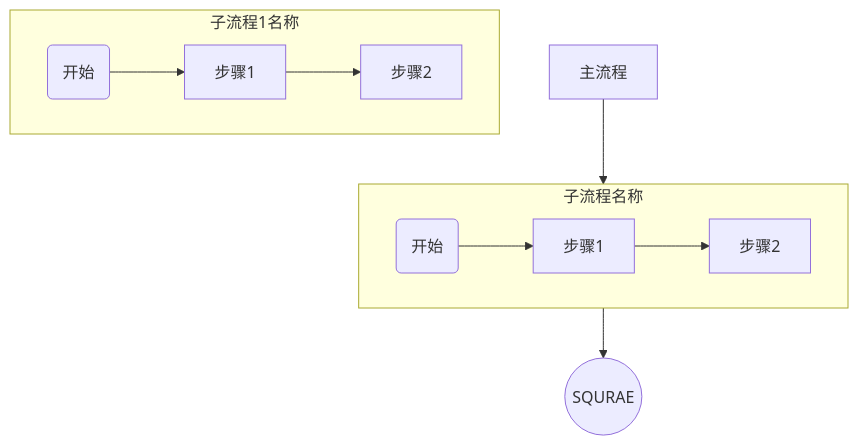
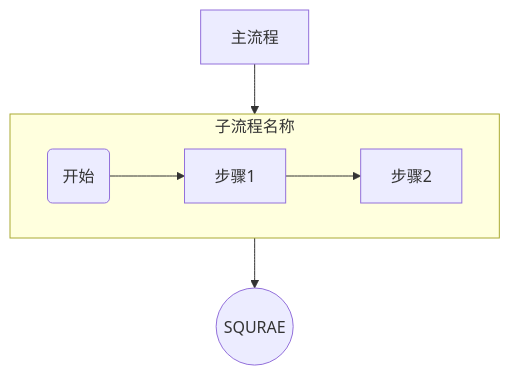
The third of 3 diagrams in Daily work/2025/Month_04/07.md (zeff163/stackedit-app-data), drawn with Mermaid before and after one commit. The commit also changed other lines of this file, not shown here.

````diff
--- a/Daily work/2025/Month_04/07.md
+++ b/Daily work/2025/Month_04/07.md
@@ -73,12 +73,9 @@
 ```mermaid
 graph TD
     subgraph 子流程 [子流程名称]
         B(开始) --> C[步骤1]
         C --> D[步骤2]
     end
     A[主流程] --> 子流程{检查}-->E((SQURAE))
- subgraph L 子流程1 [子流程1名称]
-        B1(开始) --> C1[步骤1]
-        C1 --> D1[步骤2]
-    end
+    
 ```
````
